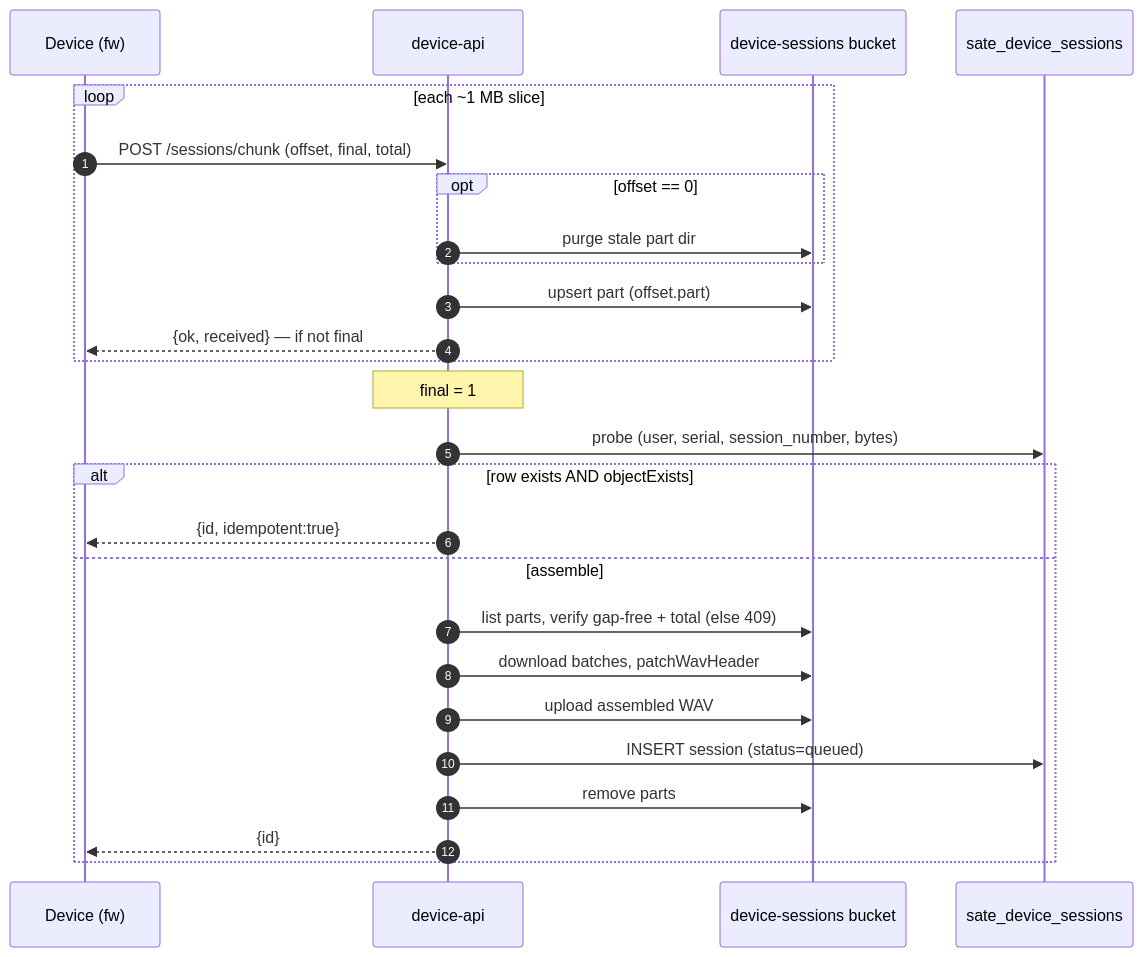
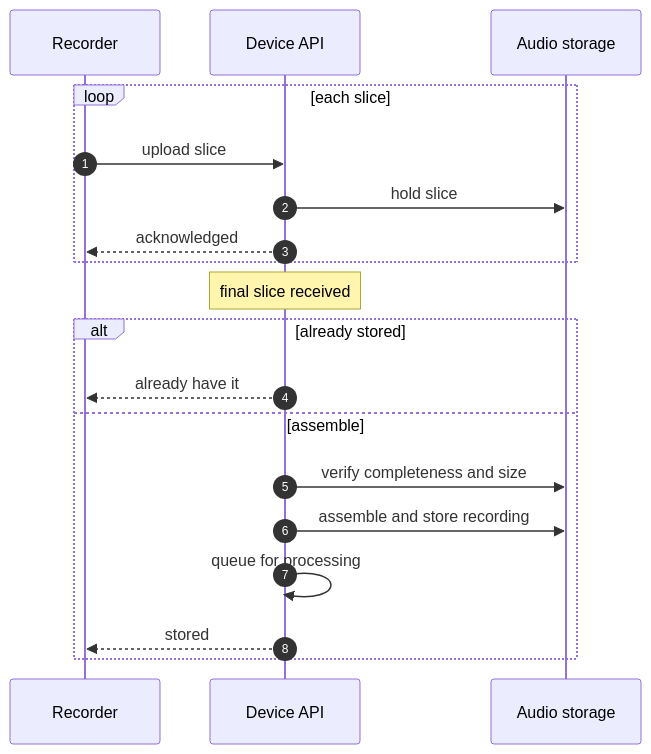
Before and after one commit to Longcao24/sate-companion: the second of 3 diagrams in docs-site/docs/reference/device-api.md, drawn with Mermaid. The commit also changed other lines of this file and 17 other files, not shown here.

First line of the commit message:
docs-site: generalize published docs + add system-overview diagram

````diff
--- a/docs-site/docs/reference/device-api.md
+++ b/docs-site/docs/reference/device-api.md
@@ -206,29 +120,22 @@
 ```mermaid
 sequenceDiagram
     autonumber
-    participant D as Device (fw)
-    participant API as device-api
-    participant DS as device-sessions bucket
-    participant DB as sate_device_sessions
+    participant D as Recorder
+    participant API as Device API
+    participant Store as Audio storage
 
-    loop each ~1 MB slice
-        D->>API: POST /sessions/chunk (offset, final, total)
-        opt offset == 0
-            API->>DS: purge stale part dir
-        end
-        API->>DS: upsert part (offset.part)
-        API-->>D: {ok, received} — if not final
+    loop each slice
+        D->>API: upload slice
+        API->>Store: hold slice
+        API-->>D: acknowledged
     end
-    Note over API: final = 1
-    API->>DB: probe (user, serial, session_number, bytes)
-    alt row exists AND objectExists
-        API-->>D: {id, idempotent:true}
+    Note over API: final slice received
+    alt already stored
+        API-->>D: already have it
     else assemble
-        API->>DS: list parts, verify gap-free + total (else 409)
-        API->>DS: download batches, patchWavHeader
-        API->>DS: upload assembled WAV
-        API->>DB: INSERT session (status=queued)
-        API->>DS: remove parts
-        API-->>D: {id}
+        API->>Store: verify completeness and size
+        API->>Store: assemble and store recording
+        API->>API: queue for processing
+        API-->>D: stored
     end
 ```
````
